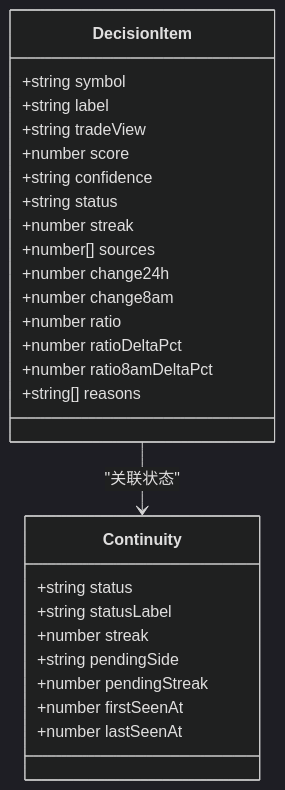
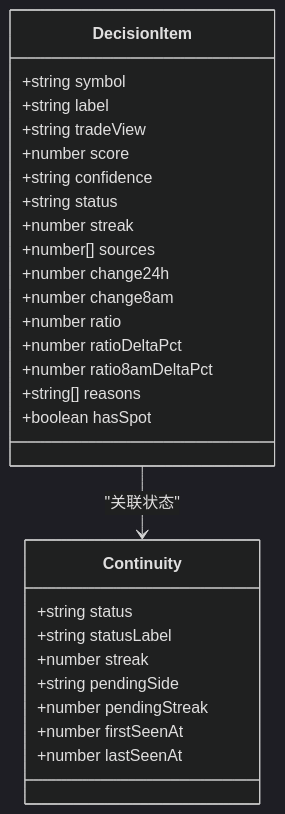
One commit to kekexilinan/BinaceSmart changed the seventh of 8 diagrams in .qoder/repowiki/zh/content/核心功能模块/稳趋势扫描策略.md. Above: the diagram before and after it, drawn with Mermaid (dark theme). The commit also changed other lines of this file and 63 other files, not shown here.

````diff
--- a/.qoder/repowiki/zh/content/核心功能模块/稳趋势扫描策略.md
+++ b/.qoder/repowiki/zh/content/核心功能模块/稳趋势扫描策略.md
@@ -235,29 +289,30 @@
 ```mermaid
 classDiagram
 class DecisionItem {
 +string symbol
 +string label
 +string tradeView
 +number score
 +string confidence
 +string status
 +number streak
 +number[] sources
 +number change24h
 +number change8am
 +number ratio
 +number ratioDeltaPct
 +number ratio8amDeltaPct
 +string[] reasons
++boolean hasSpot
 }
 class Continuity {
 +string status
 +string statusLabel
 +number streak
 +string pendingSide
 +number pendingStreak
 +number firstSeenAt
 +number lastSeenAt
 }
 DecisionItem --> Continuity : "关联状态"
 ```
````
